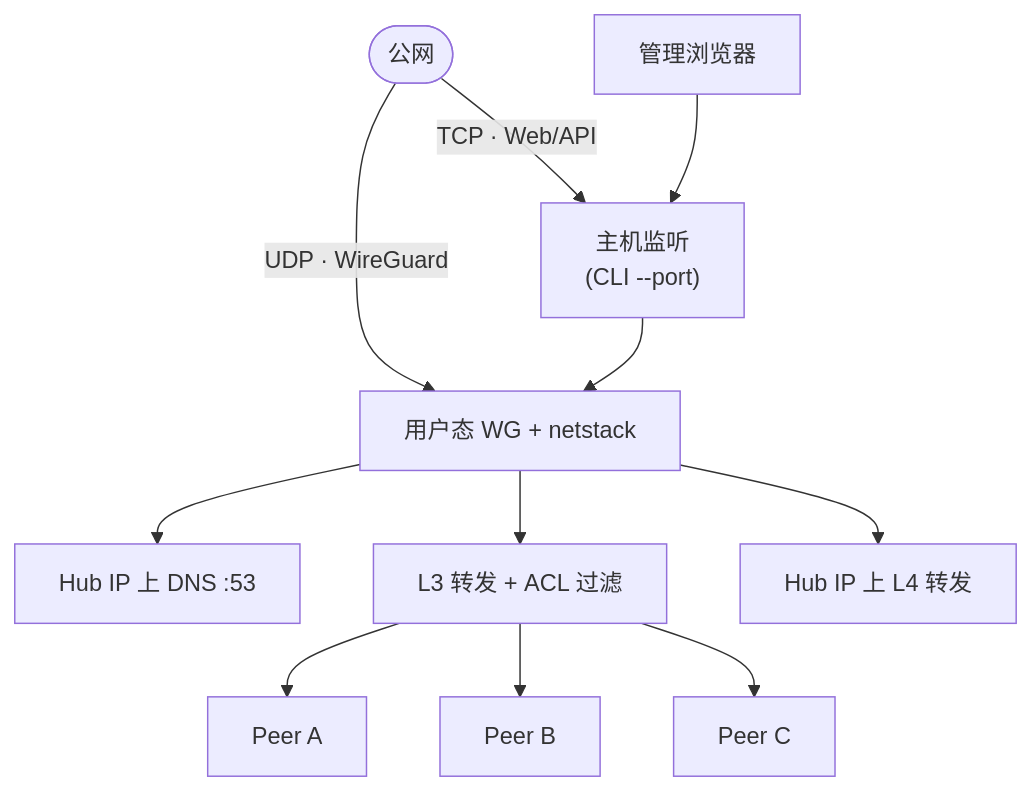
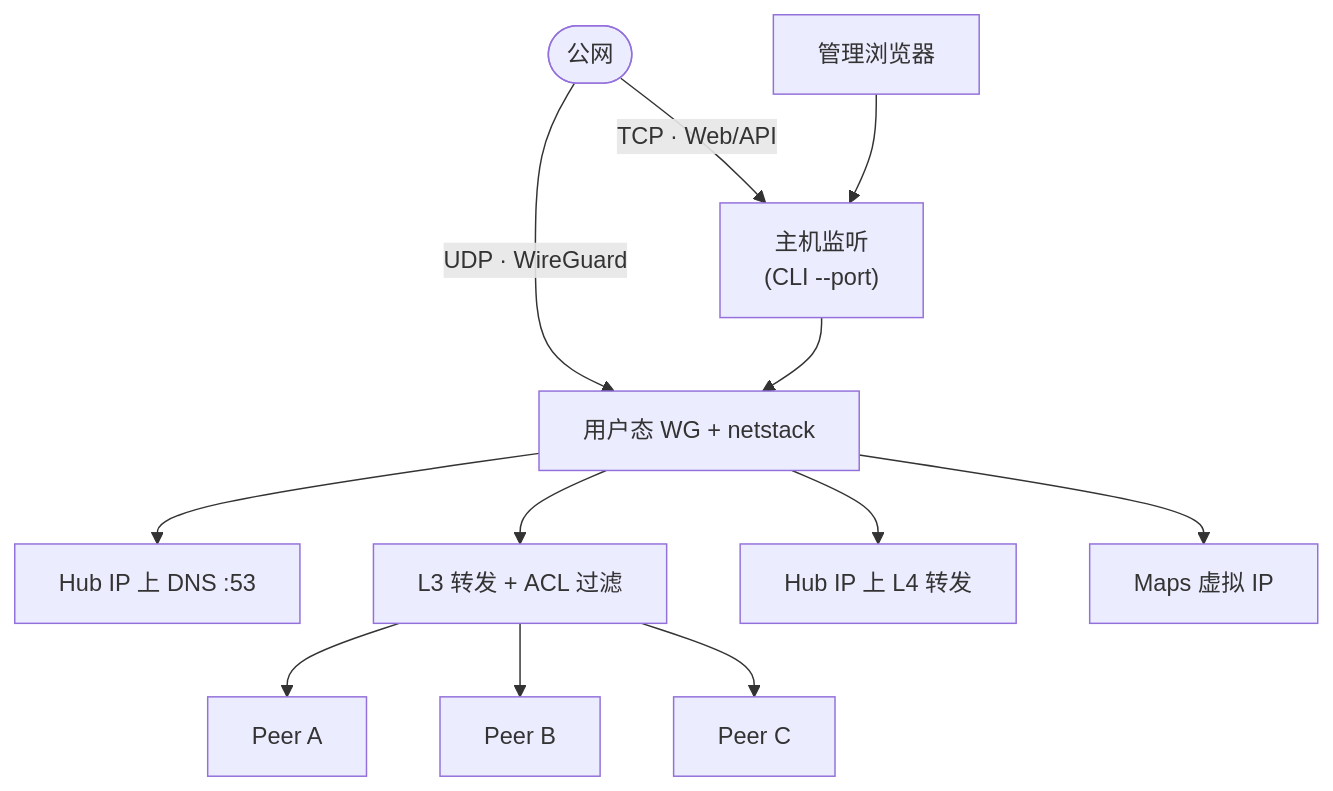
The diagram in docs/README_zh.md (touken928/WireHub), drawn with Mermaid before and after one commit. The commit also changed other lines of this file and 59 other files, not shown here.

````diff
--- a/docs/README_zh.md
+++ b/docs/README_zh.md
@@ -37,18 +38,19 @@
 ```mermaid
 flowchart TB
   net([公网])
 
   net -->|TCP · Web/API| host["主机监听<br/>(CLI --port)"]
   net -->|UDP · WireGuard| wg["用户态 WG + netstack"]
 
   admin[管理浏览器] --> host
   host --> wg
 
   wg --> dns["Hub IP 上 DNS :53"]
   wg --> filter["L3 转发 + ACL 过滤"]
   wg --> fwd["Hub IP 上 L4 转发"]
+  wg --> mapsNode["Maps 虚拟 IP"]
 
   filter --> p1[Peer A]
   filter --> p2[Peer B]
   filter --> p3[Peer C]
 ```
````
